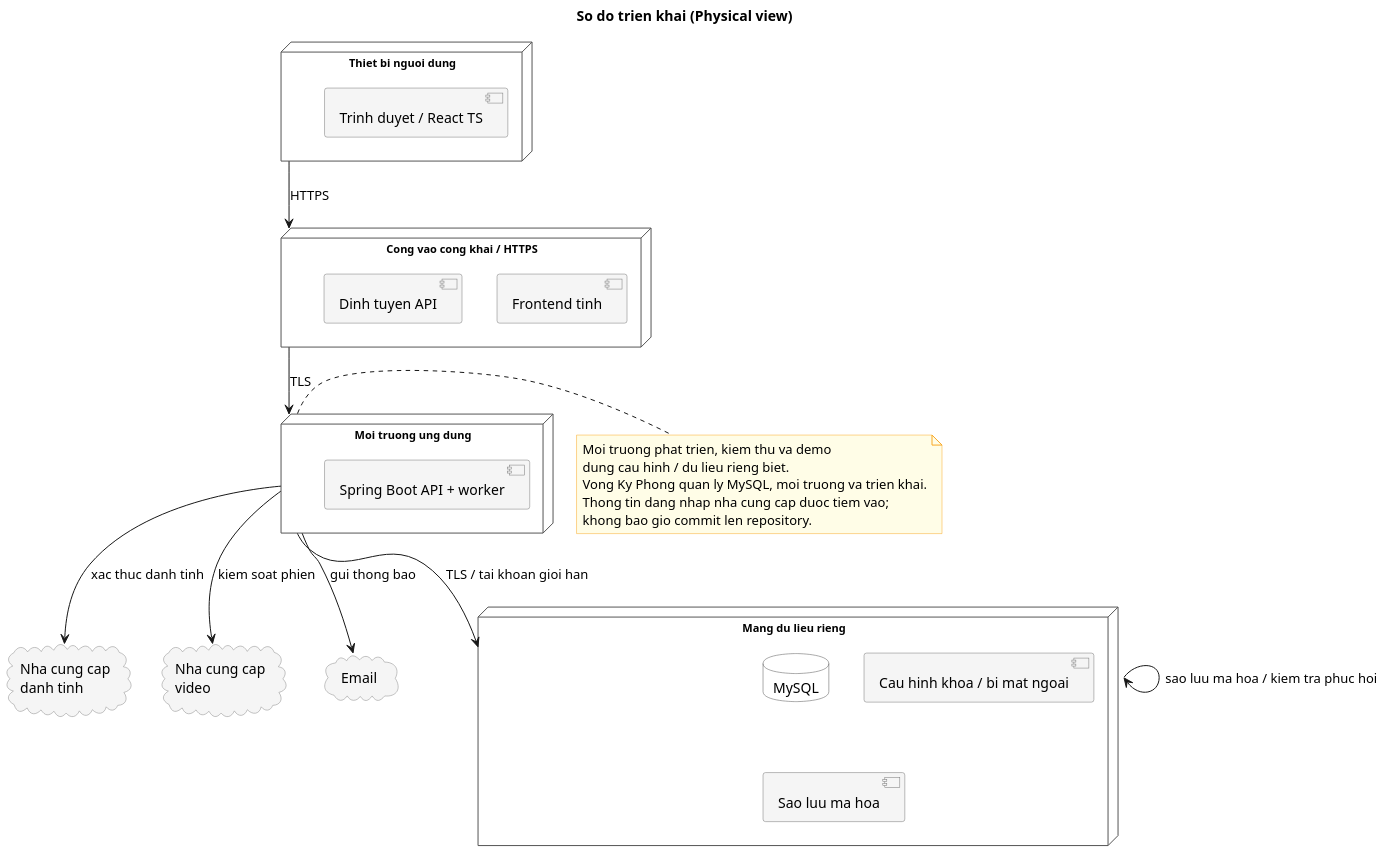
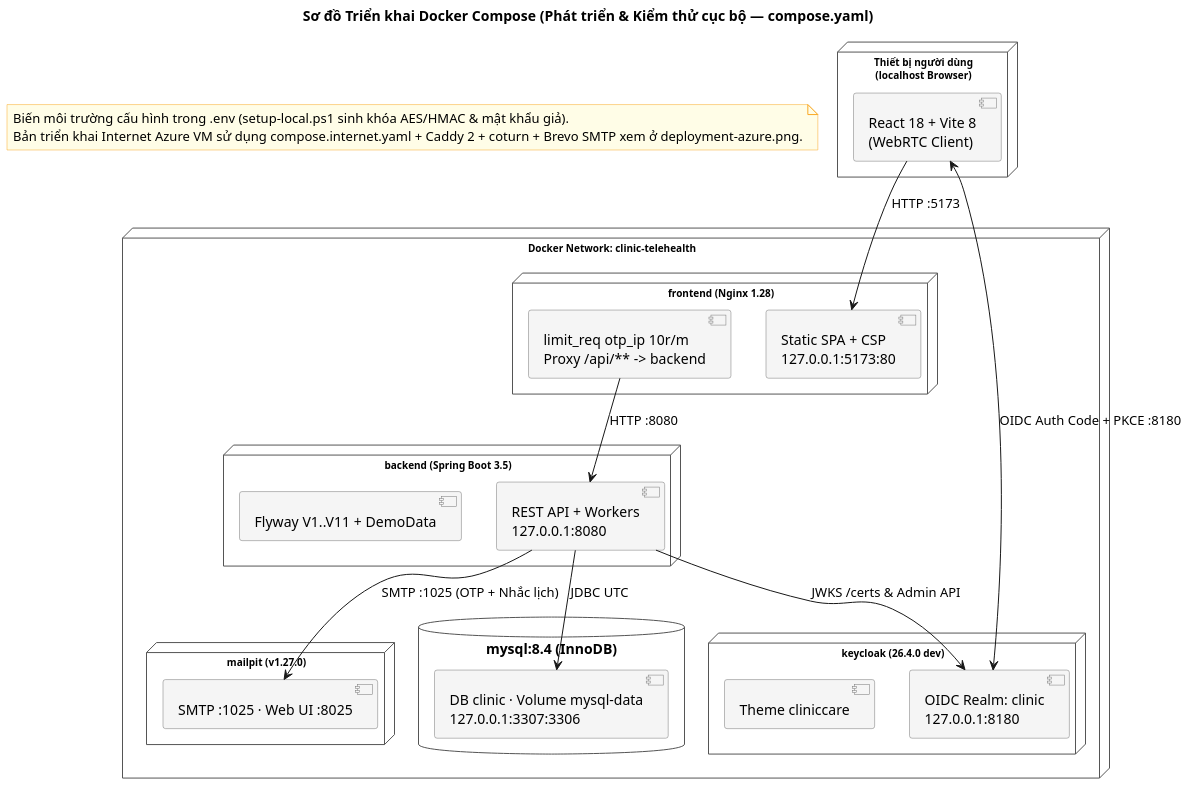
One commit to Samie32/SE-project changed the diagram in docs/design/architecture/deployment.puml. Above: the diagram before and after it, drawn with PlantUML. The commit also changed 56 other files, not shown here.

Commit message:
Dong bo 34 so do UML/ERD va tai lieu thiet ke theo V1-V11 va 27 UC

```diff
--- a/docs/design/architecture/deployment.puml
+++ b/docs/design/architecture/deployment.puml
@@ -1,67 +1,63 @@
 @startuml deployment
 skinparam node {
   BackgroundColor White
   BorderColor #555
   FontName Arial
-  FontSize 11
+  FontSize 10
 }
 skinparam component {
   BackgroundColor #F5F5F5
   BorderColor #777
 }
 skinparam database {
   BackgroundColor White
   BorderColor #555
 }
 skinparam noteBackgroundColor #FFFDE7
 skinparam noteBorderColor #F9A825
-skinparam cloud {
-  BackgroundColor #F5F5F5
-  BorderColor #888
-}
 skinparam shadowing false
 skinparam dpi 150
-title So do trien khai (Physical view)
+title Sơ đồ Triển khai Docker Compose (Phát triển & Kiểm thử cục bộ — compose.yaml)
 
-node "Thiet bi nguoi dung" as UserDevice {
-  component "Trinh duyet / React TS"
+node "Thiết bị người dùng\n(localhost Browser)" as Client {
+  component "React 18 + Vite 8\n(WebRTC Client)" as SPA
 }
 
-node "Cong vao cong khai / HTTPS" as Ingress {
-  component "Frontend tinh"
-  component "Dinh tuyen API"
+node "Docker Network: clinic-telehealth" {
+  node "frontend (Nginx 1.28)" as FE {
+    component "Static SPA + CSP\n127.0.0.1:5173:80" as NginxLocal
+    component "limit_req otp_ip 10r/m\nProxy /api/** -> backend" as ProxyLocal
+  }
+
+  node "backend (Spring Boot 3.5)" as BE {
+    component "REST API + Workers\n127.0.0.1:8080" as SBLocal
+    component "Flyway V1..V11 + DemoData" as FlywayLocal
+  }
+
+  node "keycloak (26.4.0 dev)" as KC {
+    component "OIDC Realm: clinic\n127.0.0.1:8180" as KCLocal
+    component "Theme cliniccare" as ThemeLocal
+  }
+
+  node "mailpit (v1.27.0)" as MP {
+    component "SMTP :1025 · Web UI :8025" as MailpitLocal
+  }
+
+  database "mysql:8.4 (InnoDB)" as DB {
+    component "DB clinic · Volume mysql-data\n127.0.0.1:3307:3306" as MySQLLocal
+  }
 }
 
-node "Moi truong ung dung" as AppEnv {
-  component "Spring Boot API + worker"
-}
+SPA --> NginxLocal : HTTP :5173
+SPA <--> KCLocal : OIDC Auth Code + PKCE :8180
+ProxyLocal --> SBLocal : HTTP :8080
+SBLocal --> MySQLLocal : JDBC UTC
+SBLocal --> KCLocal : JWKS /certs & Admin API
+SBLocal --> MailpitLocal : SMTP :1025 (OTP + Nhắc lịch)
 
-node "Mang du lieu rieng" as PrivateNet {
-  database "MySQL"
-  component "Cau hinh khoa / bi mat ngoai"
-  component "Sao luu ma hoa"
-}
-
-cloud "Nha cung cap\ndanh tinh" as IdP
-cloud "Nha cung cap\nvideo" as VideoProvider
-cloud "Email" as EmailSMS
-
-UserDevice --> Ingress : HTTPS
-Ingress --> AppEnv : TLS
-AppEnv --> PrivateNet : TLS / tai khoan gioi han
-
-AppEnv --> IdP : xac thuc danh tinh
-AppEnv --> VideoProvider : kiem soat phien
-AppEnv --> EmailSMS : gui thong bao
-
-PrivateNet --> PrivateNet : sao luu ma hoa / kiem tra phuc hoi
-
-note right of AppEnv
-  Moi truong phat trien, kiem thu va demo
-  dung cau hinh / du lieu rieng biet.
-  Vong Ky Phong quan ly MySQL, moi truong va trien khai.
-  Thong tin dang nhap nha cung cap duoc tiem vao;
-  khong bao gio commit len repository.
+note as N1
+  Biến môi trường cấu hình trong .env (setup-local.ps1 sinh khóa AES/HMAC & mật khẩu giả).
+  Bản triển khai Internet Azure VM sử dụng compose.internet.yaml + Caddy 2 + coturn + Brevo SMTP xem ở deployment-azure.png.
 end note
 
 @enduml
```
